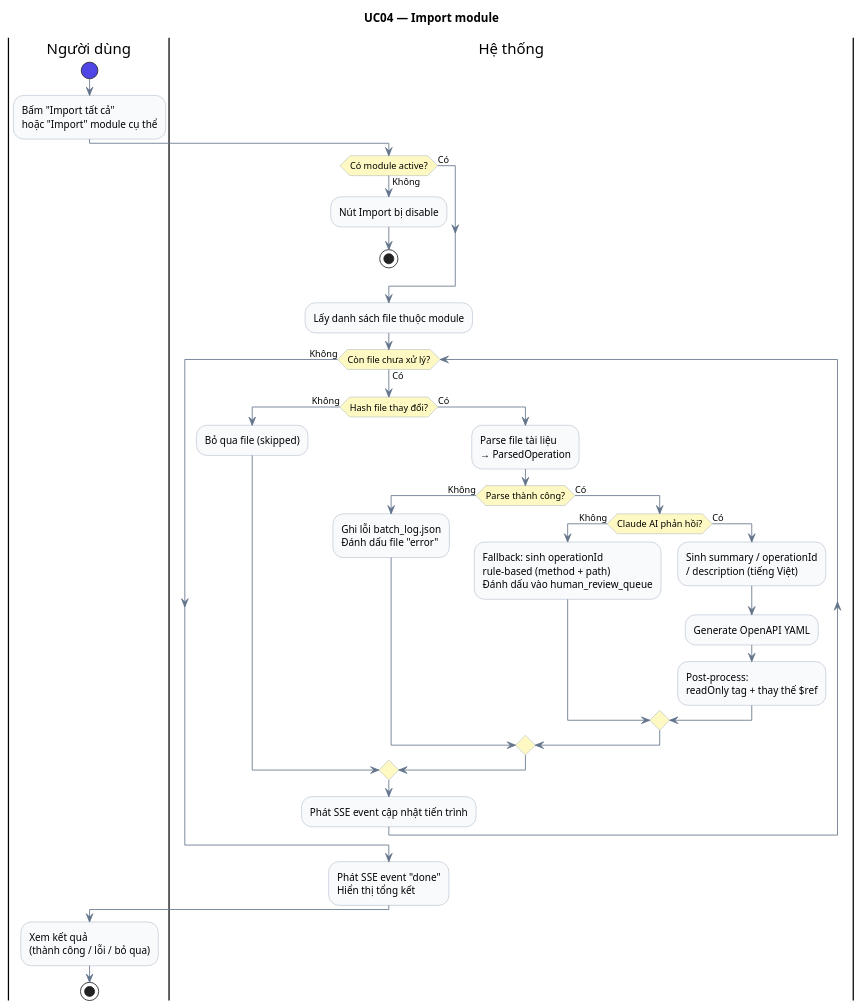
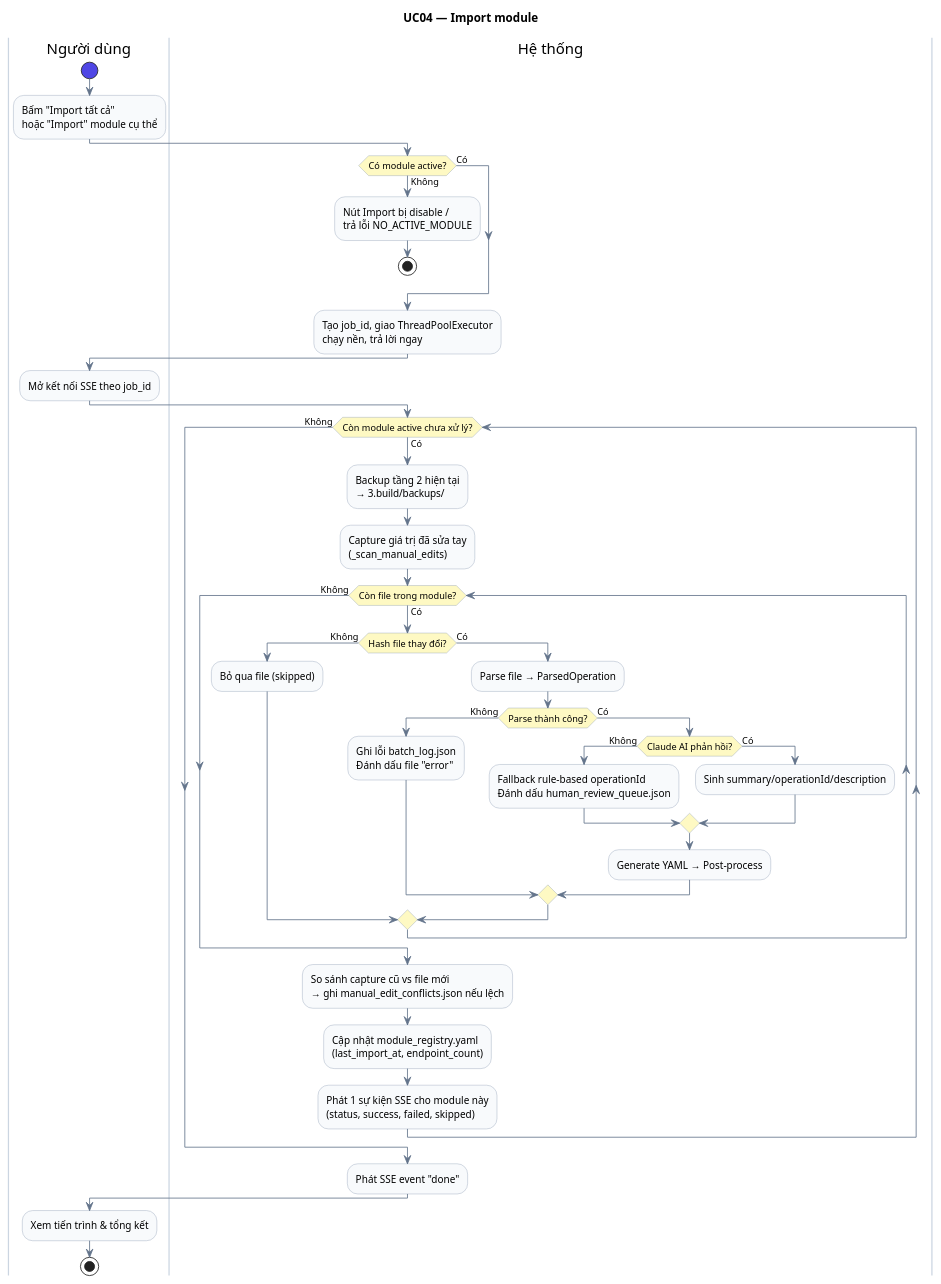
The diagram in docs/activity/UC04_activity.puml (DuyTon666/API-CONVERTER), drawn with PlantUML before and after one commit. The commit also changed 80 other files, not shown here.

```diff
--- a/docs/activity/UC04_activity.puml
+++ b/docs/activity/UC04_activity.puml
@@ -1,50 +1,62 @@
 @startuml UC04_ImportModule
 skinparam ActivityBackgroundColor #F8FAFC
 skinparam ActivityBorderColor #94A3B8
 skinparam ArrowColor #64748B
 skinparam ActivityDiamondBackgroundColor #FEF9C3
 skinparam ActivityStartColor #4F46E5
 skinparam ActivityEndColor #4F46E5
+skinparam SwimlaneBorderColor #CBD5E1
 
 title UC04 — Import module
 
 |Người dùng|
 start
 :Bấm "Import tất cả"\nhoặc "Import" module cụ thể;
 
 |Hệ thống|
 if (Có module active?) then (Không)
-  :Nút Import bị disable;
+  :Nút Import bị disable /\ntrả lỗi NO_ACTIVE_MODULE;
   stop
 else (Có)
 endif
 
-:Lấy danh sách file thuộc module;
+:Tạo job_id, giao ThreadPoolExecutor\nchạy nền, trả lời ngay;
 
-while (Còn file chưa xử lý?) is (Có)
-  if (Hash file thay đổi?) then (Không)
-    :Bỏ qua file (skipped);
-  else (Có)
-    :Parse file tài liệu\n→ ParsedOperation;
-    if (Parse thành công?) then (Không)
-      :Ghi lỗi batch_log.json\nĐánh dấu file "error";
+|Người dùng|
+:Mở kết nối SSE theo job_id;
+
+|Hệ thống|
+while (Còn module active chưa xử lý?) is (Có)
+  :Backup tầng 2 hiện tại\n→ 3.build/backups/;
+  :Capture giá trị đã sửa tay\n(_scan_manual_edits);
+
+  while (Còn file trong module?) is (Có)
+    if (Hash file thay đổi?) then (Không)
+      :Bỏ qua file (skipped);
     else (Có)
-      if (Claude AI phản hồi?) then (Không)
-        :Fallback: sinh operationId\nrule-based (method + path)\nĐánh dấu vào human_review_queue;
+      :Parse file → ParsedOperation;
+      if (Parse thành công?) then (Không)
+        :Ghi lỗi batch_log.json\nĐánh dấu file "error";
       else (Có)
-        :Sinh summary / operationId\n/ description (tiếng Việt);
-        :Generate OpenAPI YAML;
-        :Post-process:\nreadOnly tag + thay thế $ref;
+        if (Claude AI phản hồi?) then (Không)
+          :Fallback rule-based operationId\nĐánh dấu human_review_queue.json;
+        else (Có)
+          :Sinh summary/operationId/description;
+        endif
+        :Generate YAML → Post-process;
       endif
     endif
-  endif
-  :Phát SSE event cập nhật tiến trình;
+  endwhile (Không)
+
+  :So sánh capture cũ vs file mới\n→ ghi manual_edit_conflicts.json nếu lệch;
+  :Cập nhật module_registry.yaml\n(last_import_at, endpoint_count);
+  :Phát 1 sự kiện SSE cho module này\n(status, success, failed, skipped);
 endwhile (Không)
 
-:Phát SSE event "done"\nHiển thị tổng kết;
+:Phát SSE event "done";
 
 |Người dùng|
-:Xem kết quả\n(thành công / lỗi / bỏ qua);
+:Xem tiến trình & tổng kết;
 
 stop
 @enduml
```
